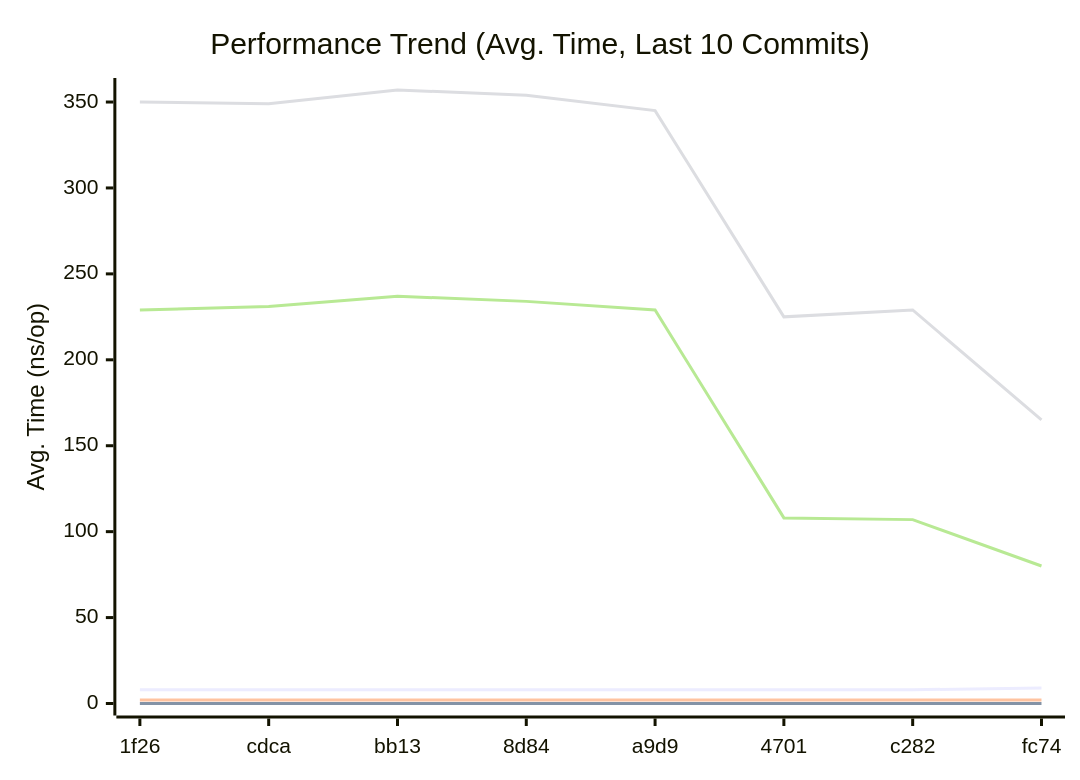
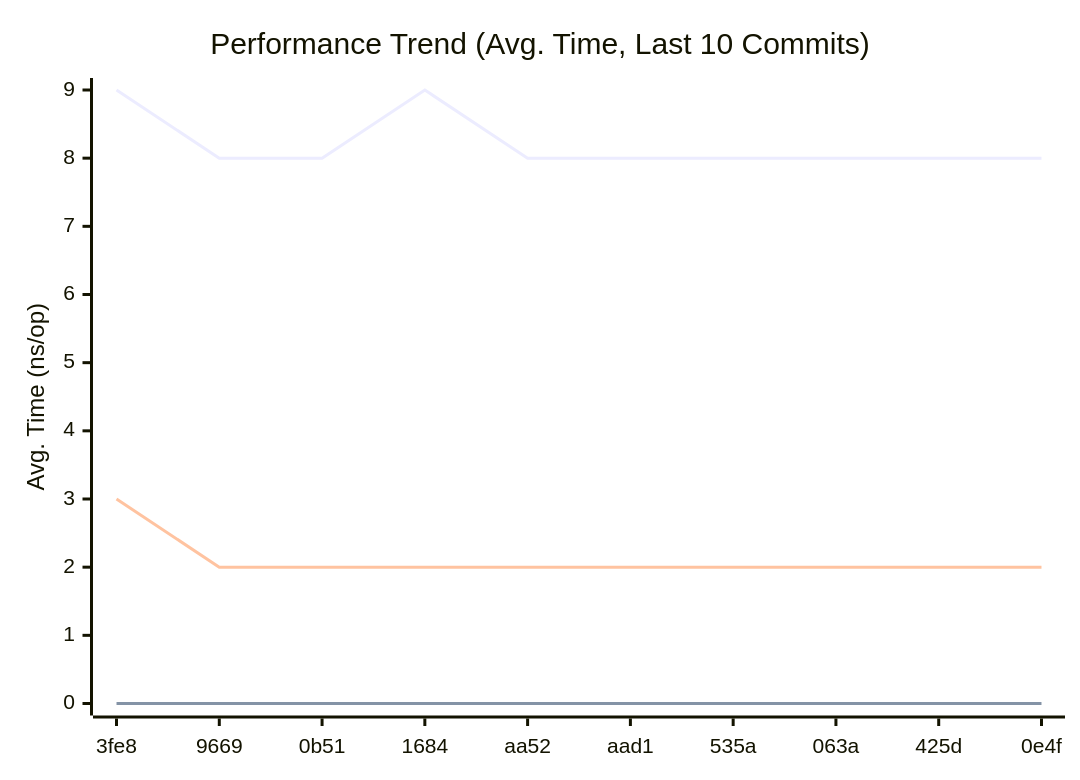
One commit to alsotoes/momo changed the first of 3 diagrams in doc/README.md. Above: the diagram before and after it, drawn with Mermaid. The commit also changed other lines of this file and 51 other files, not shown here.

````diff
--- a/doc/README.md
+++ b/doc/README.md
@@ -296,12 +290,10 @@
 ```mermaid
 xychart-beta
     title "Performance Trend (Avg. Time, Last 10 Commits)"
     x-axis "Commit"
     y-axis "Avg. Time (ns/op)"
-    x-axis [1f26,cdca,bb13,8d84,a9d9,4701,c282,fc74]
-    line "CheckMetricsAndSwap" [8,8,8,8,8,8,8,9,7,9]
+    x-axis [3fe8,9669,0b51,1684,aa52,aad1,535a,063a,425d,0e4f]
+    line "CheckMetricsAndSwap" [9,8,8,9,8,8,8,8,8,8]
     line "IndexDirectTracking" [0,0,0,0,0,0,0,0,0,0]
-    line "IndexSearch" [2,2,2,2,2,2,2,2,3,3]
-    line "ParseReplicationOrder_NoPrealloc" [350,349,357,354,345,225,229,165,232]
-    line "ParseReplicationOrder_Prealloc" [229,231,237,234,229,108,107,80,110]
+    line "IndexSearch" [3,2,2,2,2,2,2,2,2,2]
 ```
````
